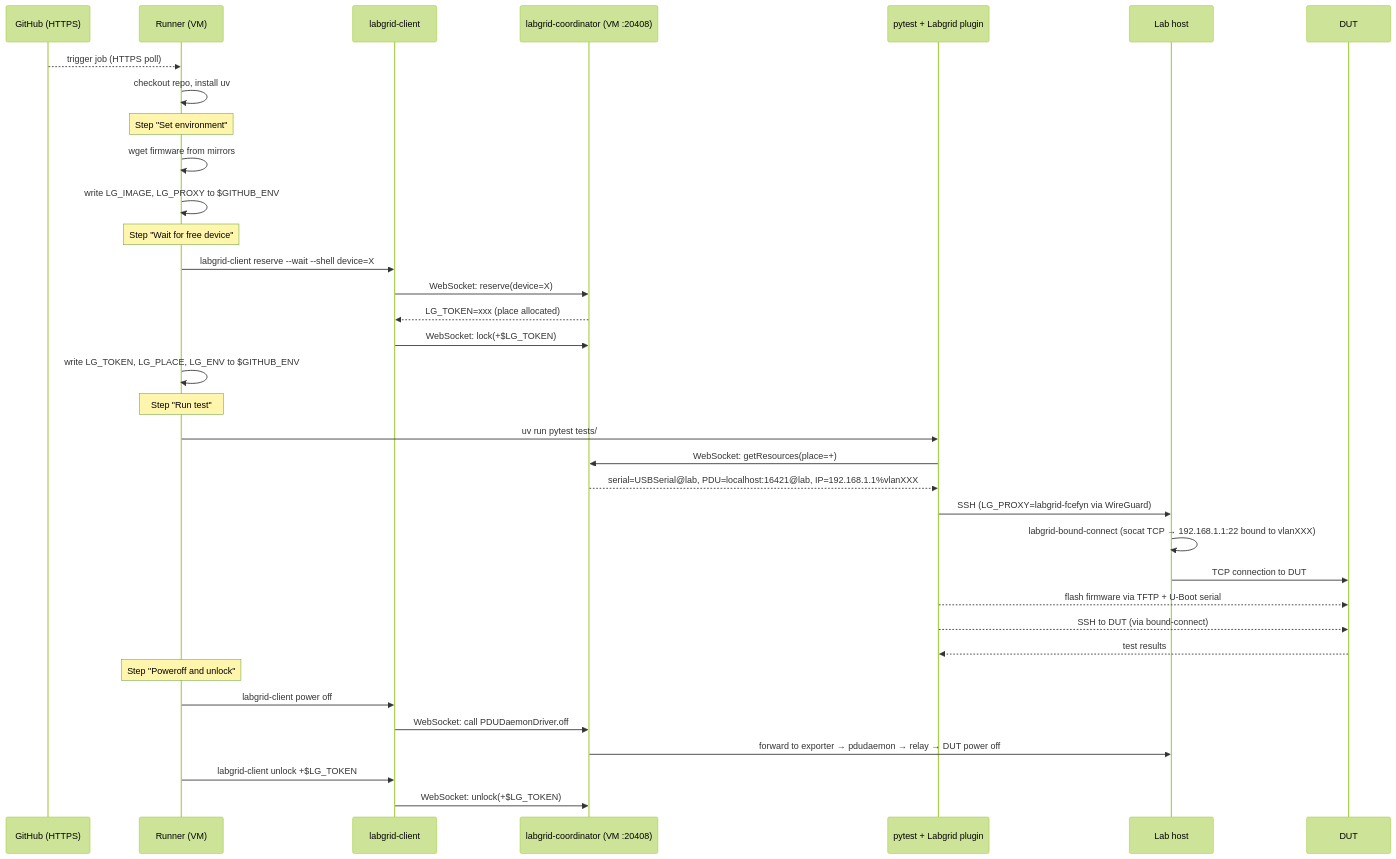
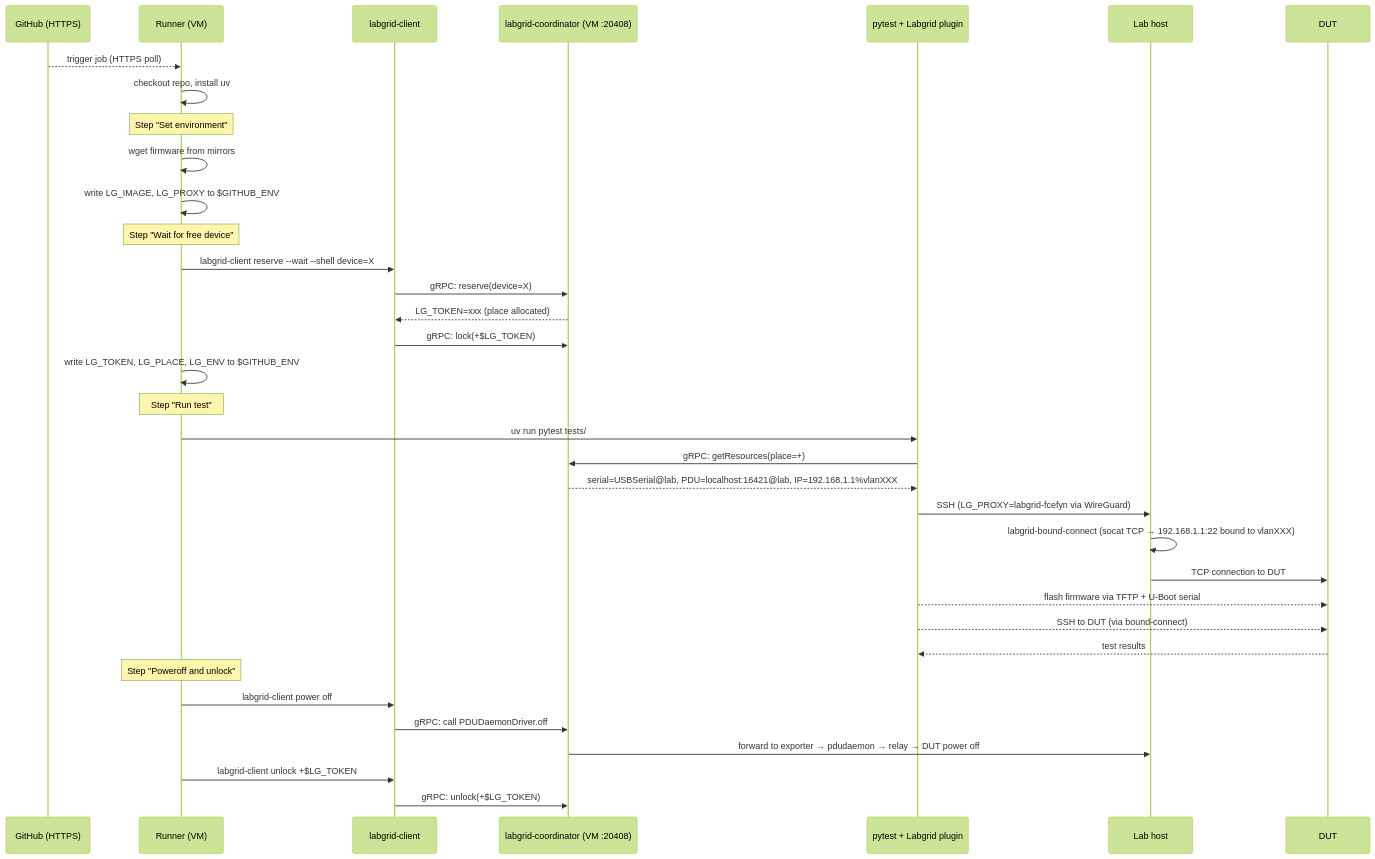
The fourth of 4 diagrams in docs/diseno/openwrt-tests-ci-flow.md (ccasanueva7/fcefyn_testbed_utils), drawn with Mermaid (forest theme) before and after one commit. The commit also changed other lines of this file and 6 other files, not shown here.

````diff
--- a/docs/diseno/openwrt-tests-ci-flow.md
+++ b/docs/diseno/openwrt-tests-ci-flow.md
@@ -158,42 +158,42 @@
 ```mermaid
 sequenceDiagram
     participant GH as GitHub (HTTPS)
     participant R as Runner (VM)
     participant LC as labgrid-client
     participant COORD as labgrid-coordinator (VM :20408)
     participant PP as pytest + Labgrid plugin
     participant LAB as Lab host
     participant DUT as DUT
 
     GH-->>R: trigger job (HTTPS poll)
     R->>R: checkout repo, install uv
 
     Note over R: Step "Set environment"
     R->>R: wget firmware from mirrors
     R->>R: write LG_IMAGE, LG_PROXY to $GITHUB_ENV
 
     Note over R: Step "Wait for free device"
     R->>LC: labgrid-client reserve --wait --shell device=X
-    LC->>COORD: WebSocket: reserve(device=X)
+    LC->>COORD: gRPC: reserve(device=X)
     COORD-->>LC: LG_TOKEN=xxx (place allocated)
-    LC->>COORD: WebSocket: lock(+$LG_TOKEN)
+    LC->>COORD: gRPC: lock(+$LG_TOKEN)
     R->>R: write LG_TOKEN, LG_PLACE, LG_ENV to $GITHUB_ENV
 
     Note over R: Step "Run test"
     R->>PP: uv run pytest tests/
-    PP->>COORD: WebSocket: getResources(place=+)
+    PP->>COORD: gRPC: getResources(place=+)
     COORD-->>PP: serial=USBSerial@lab, PDU=localhost:16421@lab, IP=192.168.1.1%vlanXXX
     PP->>LAB: SSH (LG_PROXY=labgrid-fcefyn via WireGuard)
     LAB->>LAB: labgrid-bound-connect (socat TCP → 192.168.1.1:22 bound to vlanXXX)
     LAB->>DUT: TCP connection to DUT
     PP-->>DUT: flash firmware via TFTP + U-Boot serial
     PP-->>DUT: SSH to DUT (via bound-connect)
     DUT-->>PP: test results
 
     Note over R: Step "Poweroff and unlock"
     R->>LC: labgrid-client power off
-    LC->>COORD: WebSocket: call PDUDaemonDriver.off
+    LC->>COORD: gRPC: call PDUDaemonDriver.off
     COORD->>LAB: forward to exporter → pdudaemon → relay → DUT power off
     R->>LC: labgrid-client unlock +$LG_TOKEN
-    LC->>COORD: WebSocket: unlock(+$LG_TOKEN)
+    LC->>COORD: gRPC: unlock(+$LG_TOKEN)
 ```
````
